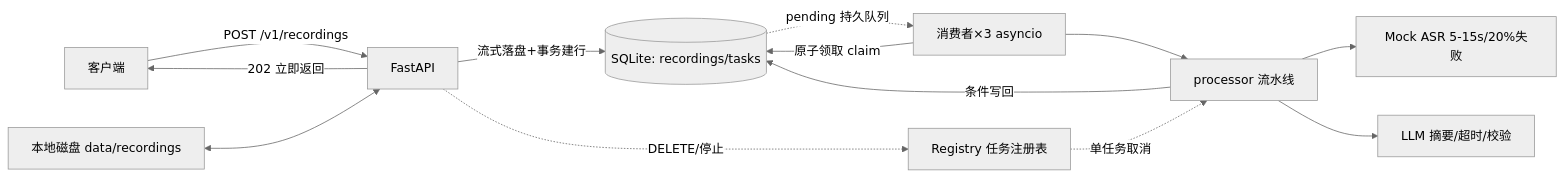
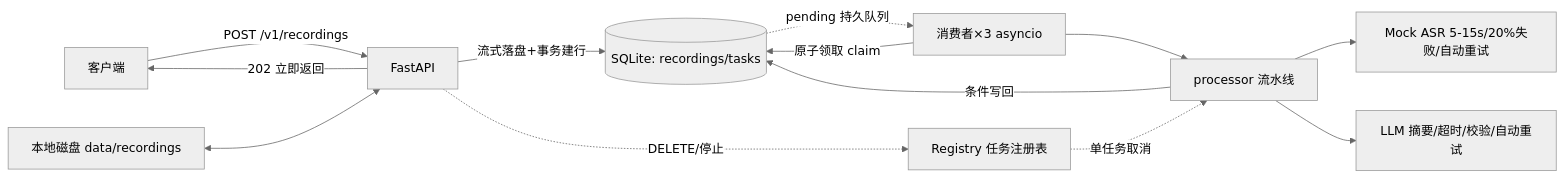
The diagram in AudioMuse/README.md (lvxq333/AudioMuse), drawn with Mermaid (neutral theme) before and after one commit. The commit also changed other lines of this file, not shown here.

````diff
--- a/AudioMuse/README.md
+++ b/AudioMuse/README.md
@@ -70,15 +70,15 @@
 ```mermaid
 flowchart LR
     C[客户端] -->|POST /v1/recordings| API[FastAPI]
     API -->|流式落盘+事务建行| DB[(SQLite: recordings/tasks)]
     API -->|202 立即返回| C
     DB -.pending 持久队列.-> W[消费者×3 asyncio]
     W -->|原子领取 claim| DB
     W --> P[processor 流水线]
-    P --> A[Mock ASR 5-15s/20%失败]
-    P --> L[LLM 摘要/超时/校验]
+    P --> A[Mock ASR 5-15s/20%失败/自动重试]
+    P --> L[LLM 摘要/超时/校验/自动重试]
     P -->|条件写回| DB
     R[Registry 任务注册表] -.单任务取消.-> P
     API -.DELETE/停止.-> R
     F[本地磁盘 data/recordings] <--> API
 ```
````
